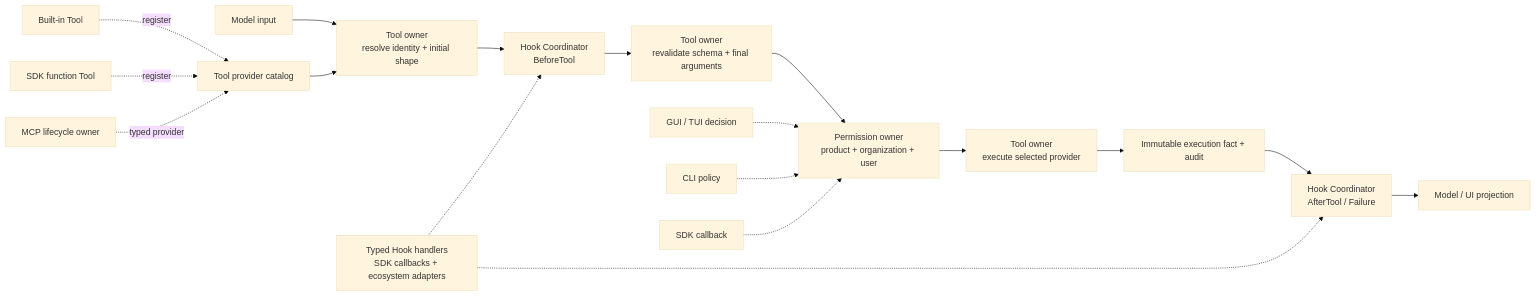
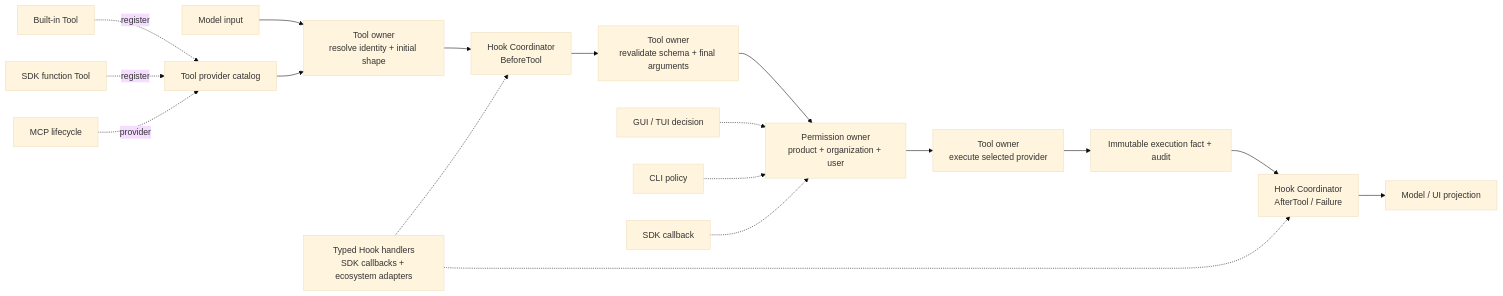
One commit to 1688mengdie/BitFun changed the ninth of 12 diagrams in docs/architecture/agent-sdk-product-architecture.md. Above: the diagram before and after it, drawn with Mermaid (base theme). The commit also changed other lines of this file and 61 other files, not shown here.

````diff
--- a/docs/architecture/agent-sdk-product-architecture.md
+++ b/docs/architecture/agent-sdk-product-architecture.md
@@ -428,21 +419,21 @@
 ```mermaid
 flowchart LR
   Input["Model input"] --> Initial["Tool owner\nresolve identity + initial shape"]
   Initial --> Before["Hook Coordinator\nBeforeTool"]
   Before --> Validate["Tool owner\nrevalidate schema + final arguments"]
   Validate --> Permission["Permission owner\nproduct + organization + user"]
   Permission --> Execute["Tool owner\nexecute selected provider"]
   Execute --> Fact["Immutable execution fact + audit"]
   Fact --> After["Hook Coordinator\nAfterTool / Failure"]
   After --> Projection["Model / UI projection"]
 
   Catalog["Tool provider catalog"] --> Initial
   Builtin["Built-in Tool"] -. "register" .-> Catalog
   SDKTool["SDK function Tool"] -. "register" .-> Catalog
-  MCP["MCP lifecycle owner"] -. "typed provider" .-> Catalog
+  MCP["MCP lifecycle"] -. "provider" .-> Catalog
   GUI["GUI / TUI decision"] -.-> Permission
   CLI["CLI policy"] -.-> Permission
   SDK["SDK callback"] -.-> Permission
   Handlers["Typed Hook handlers\nSDK callbacks + ecosystem adapters"] -.-> Before
   Handlers -.-> After
 ```
````
